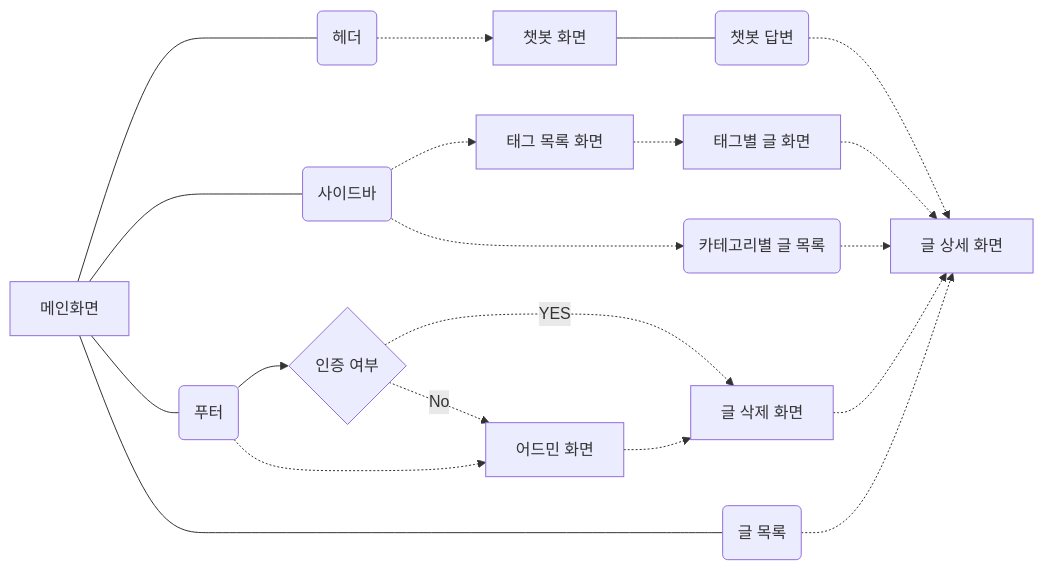
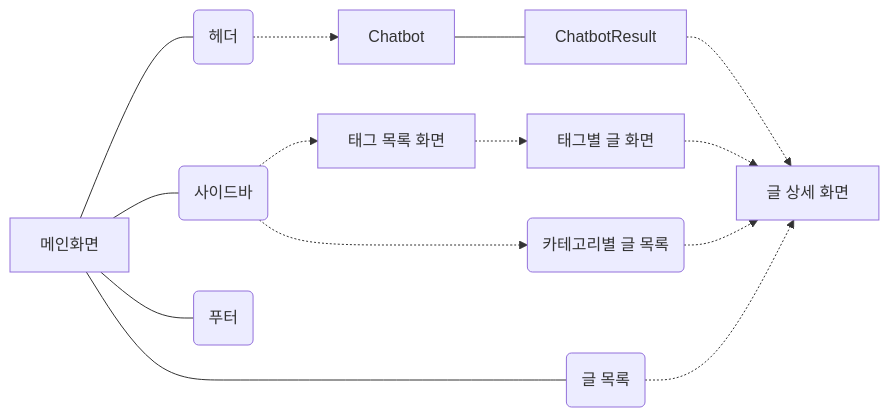
The first of 2 diagrams in README.md (toris-dev/Toris_Blog), drawn with Mermaid before and after one commit. The commit also changed other lines of this file and 7 other files, not shown here.

````diff
--- a/README.md
+++ b/README.md
@@ -5,34 +5,24 @@
 ```mermaid
 flowchart LR
   Home[메인화면]
   SideBar(사이드바)
   Header(헤더)
   Footer(푸터)
   List(글 목록)
 
   Home --- Header
   Home --- Footer
   Home --- SideBar
   Home --- List
 
-  Delete[글 삭제 화면]
-  Admin[어드민 화면]
-  Chatbot[챗봇 화면]
-  ChatbotResult(챗봇 답변)
   Detail[글 상세 화면]
-
-  Authorize{인증 여부}
 
   TagList[태그 목록 화면]
   Tag[태그별 글 화면]
   Category(카테고리별 글 목록)
 
   Header -.-> Chatbot --- ChatbotResult -.-> Detail
   SideBar -.-> TagList -.-> Tag -.-> Detail
   SideBar -.-> Category -.-> Detail
-  Footer --> Authorize -.->|YES|Delete -.-> Detail
-  Authorize -.->|No|Admin
-  Footer -.-> Admin -.-> Delete
-
   List -.-> Detail
 ```
````
